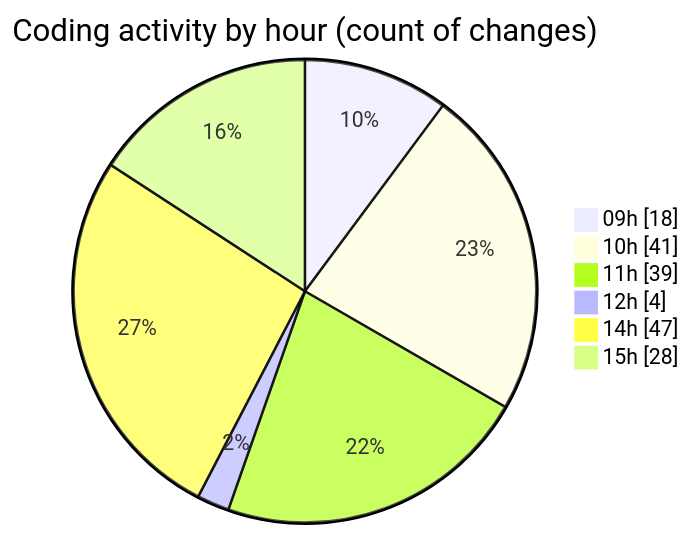
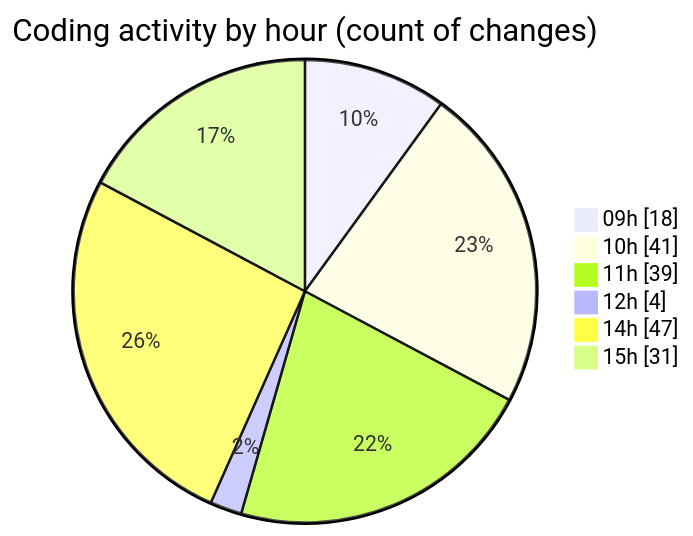
The second of 2 diagrams in 2025-02-11/cda/README.md (momahboobian/code-tracking), drawn with Mermaid before and after one commit. The commit also changed other lines of this file and 1 other file, not shown here.

````diff
--- a/2025-02-11/cda/README.md
+++ b/2025-02-11/cda/README.md
@@ -34,10 +34,10 @@
 ```mermaid
 pie showData
 title Coding activity by hour (count of changes)
 "09h" : 18
 "10h" : 41
 "11h" : 39
 "12h" : 4
 "14h" : 47
-"15h" : 28
+"15h" : 31
 ```
````
